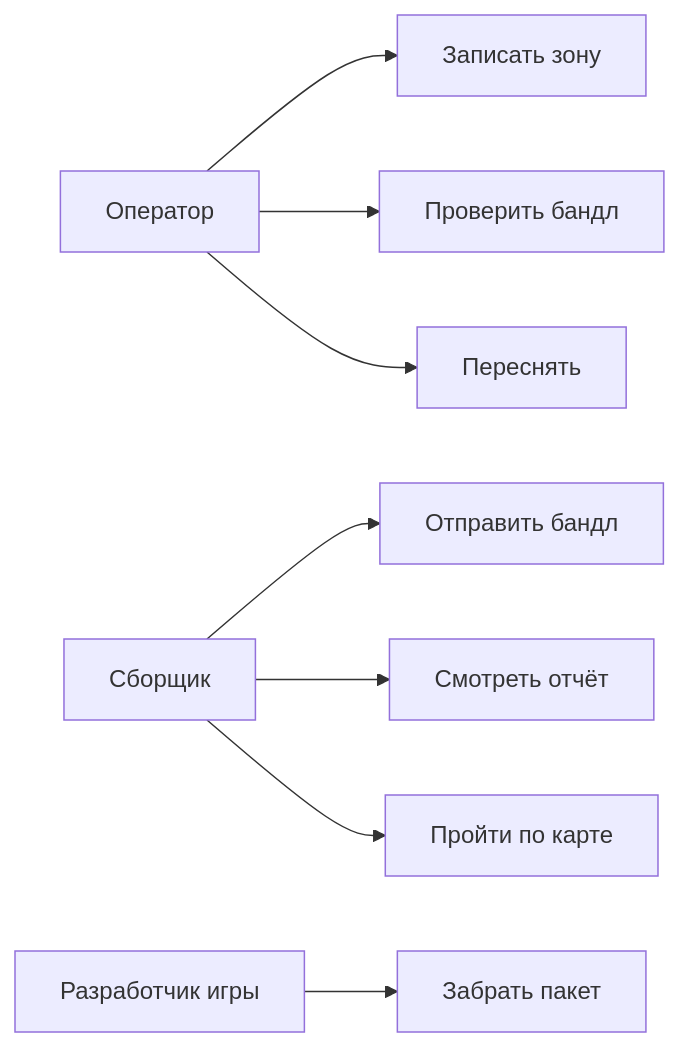
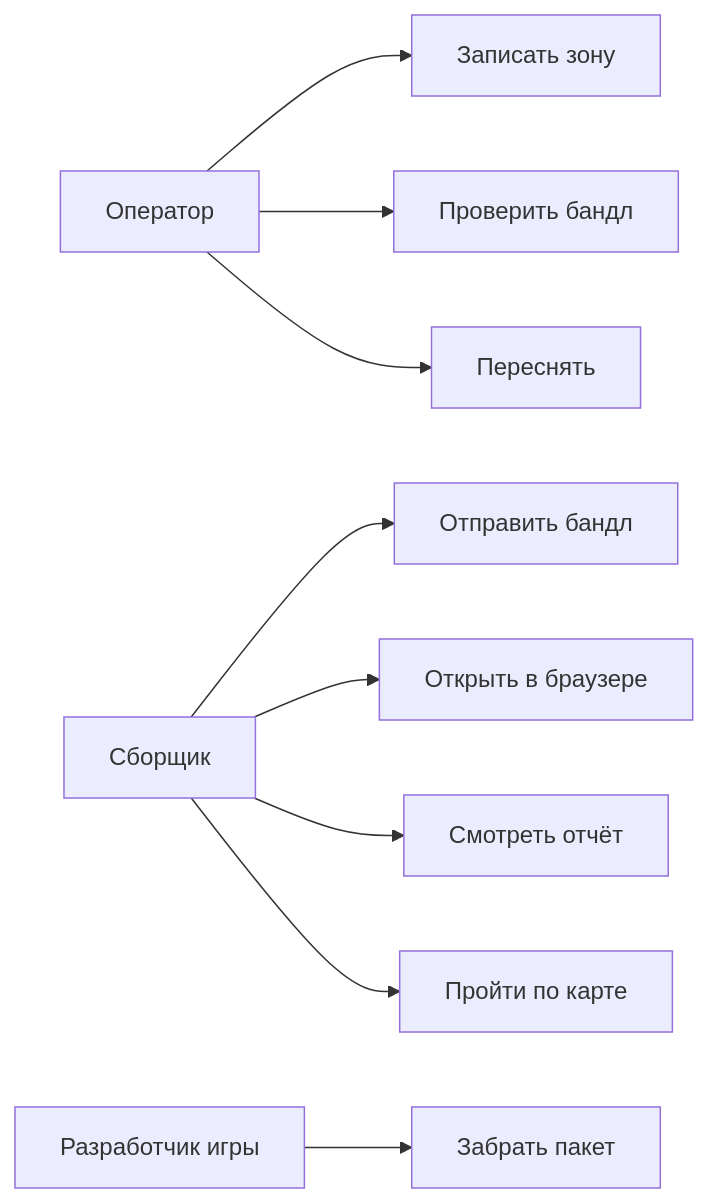
One commit to KalashnikovKV/nvc-business-analysis changed the diagram in 03-personas-scenarios-usecases.md. Above: the diagram before and after it, drawn with Mermaid. The commit also changed other lines of this file and 13 other files, not shown here.

````diff
--- a/03-personas-scenarios-usecases.md
+++ b/03-personas-scenarios-usecases.md
@@ -65,13 +74,14 @@
 ```mermaid
 flowchart LR
   Op[Оператор]
   Coll[Сборщик]
   Dev[Разработчик игры]
   Op --> Rec[Записать зону]
   Op --> Check[Проверить бандл]
   Op --> Redo[Переснять]
   Coll --> Send[Отправить бандл]
+  Coll --> Open[Открыть в браузере]
   Coll --> Report[Смотреть отчёт]
   Coll --> Walk[Пройти по карте]
   Dev --> Take[Забрать пакет]
 ```
````
